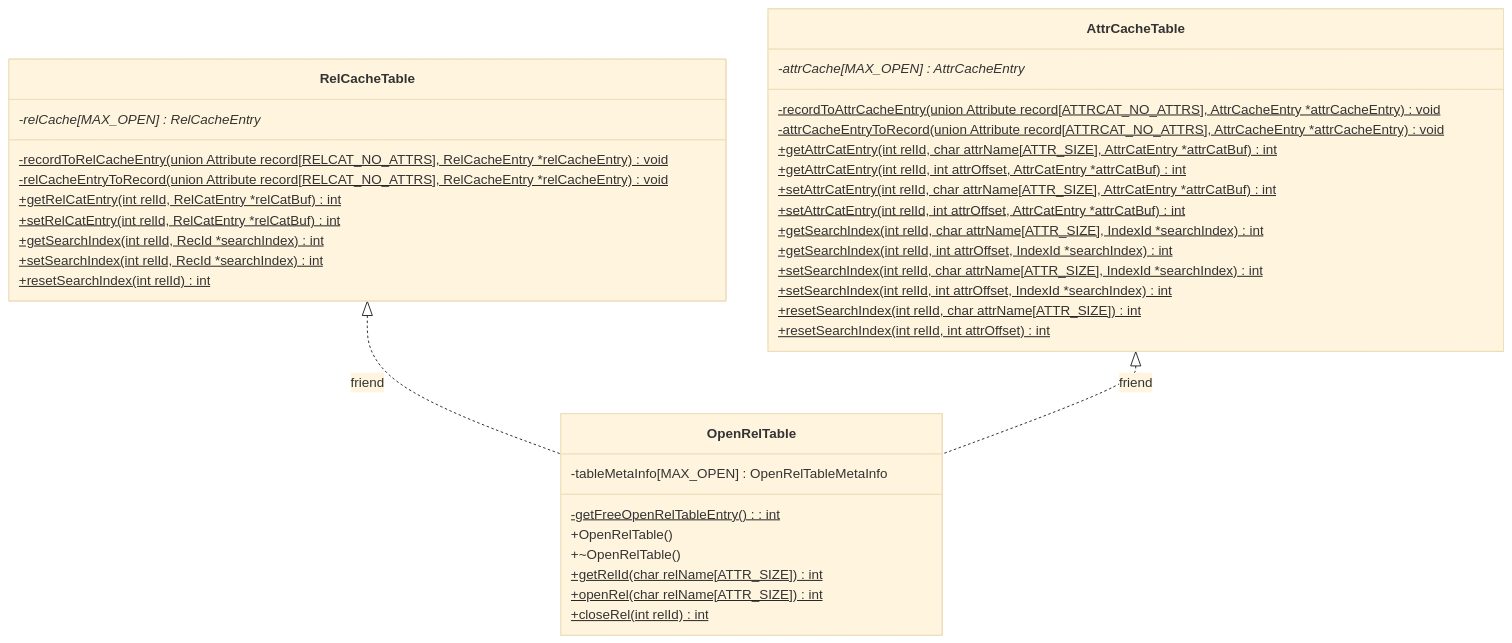
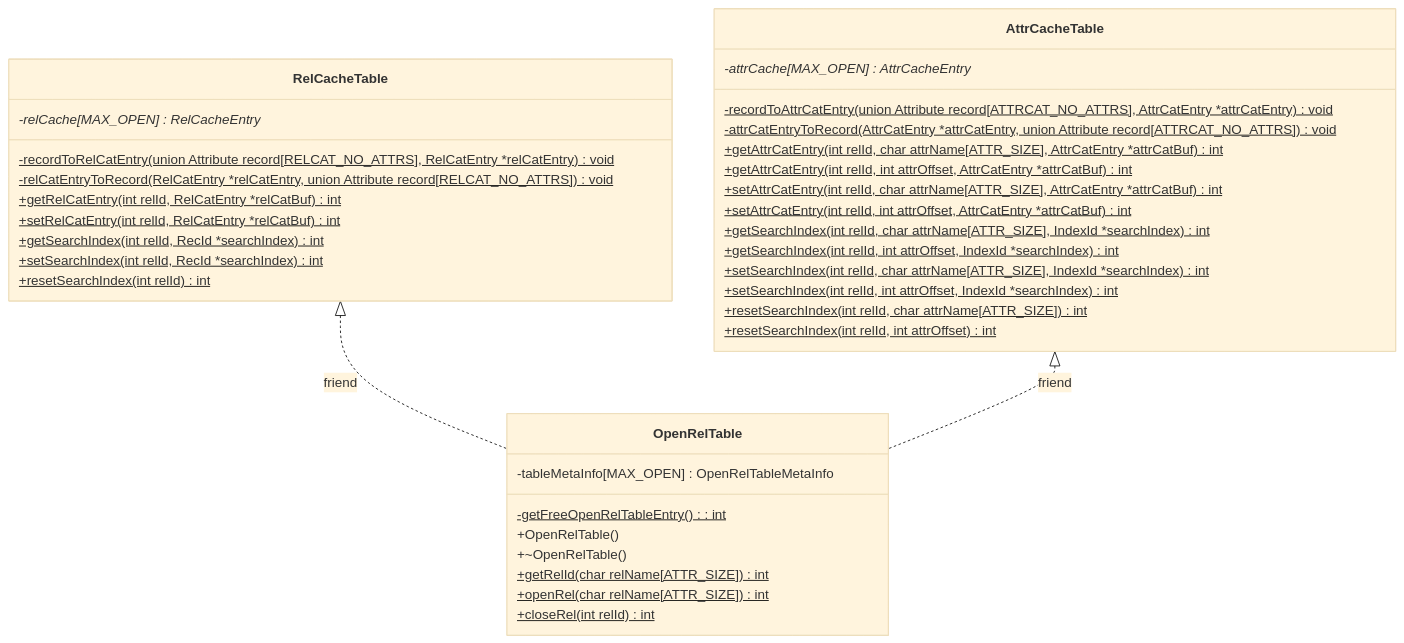
Before and after one commit to NITCbase/nitcbase.github.io: the first of 2 diagrams in docs/Design/Cache Layer.md, drawn with Mermaid (base theme). The commit also changed other lines of this file, not shown here.

Commit message:
update cache layer function signatures

````diff
--- a/docs/Design/Cache Layer.md
+++ b/docs/Design/Cache Layer.md
@@ -25,44 +25,44 @@
 ```mermaid
 classDiagram
     direction TD
     RelCacheTable <|.. OpenRelTable : friend
     AttrCacheTable <|.. OpenRelTable : friend
 
     class RelCacheTable{
         -relCache[MAX_OPEN] : RelCacheEntry*
-        -recordToRelCacheEntry(union Attribute record[RELCAT_NO_ATTRS], RelCacheEntry *relCacheEntry)$ void
-        -relCacheEntryToRecord(union Attribute record[RELCAT_NO_ATTRS], RelCacheEntry *relCacheEntry)$ void
+        -recordToRelCatEntry(union Attribute record[RELCAT_NO_ATTRS], RelCatEntry *relCatEntry)$ void
+        -relCatEntryToRecord(RelCatEntry *relCatEntry, union Attribute record[RELCAT_NO_ATTRS])$ void
         +getRelCatEntry(int relId, RelCatEntry *relCatBuf)$ int
         +setRelCatEntry(int relId, RelCatEntry *relCatBuf)$ int
         +getSearchIndex(int relId, RecId *searchIndex)$ int
         +setSearchIndex(int relId, RecId *searchIndex)$ int
         +resetSearchIndex(int relId)$ int
 
     }
     class AttrCacheTable{
         -attrCache[MAX_OPEN] : AttrCacheEntry*
-        -recordToAttrCacheEntry(union Attribute record[ATTRCAT_NO_ATTRS], AttrCacheEntry *attrCacheEntry)$ void
-        -attrCacheEntryToRecord(union Attribute record[ATTRCAT_NO_ATTRS], AttrCacheEntry *attrCacheEntry)$ void
+        -recordToAttrCatEntry(union Attribute record[ATTRCAT_NO_ATTRS], AttrCatEntry *attrCatEntry)$ void
+        -attrCatEntryToRecord(AttrCatEntry *attrCatEntry, union Attribute record[ATTRCAT_NO_ATTRS])$ void
         +getAttrCatEntry(int relId, char attrName[ATTR_SIZE], AttrCatEntry *attrCatBuf)$ int
         +getAttrCatEntry(int relId, int attrOffset, AttrCatEntry *attrCatBuf)$ int
         +setAttrCatEntry(int relId, char attrName[ATTR_SIZE], AttrCatEntry *attrCatBuf)$ int
         +setAttrCatEntry(int relId, int attrOffset, AttrCatEntry *attrCatBuf)$ int
         +getSearchIndex(int relId, char attrName[ATTR_SIZE], IndexId *searchIndex)$ int
         +getSearchIndex(int relId, int attrOffset, IndexId *searchIndex)$ int
         +setSearchIndex(int relId, char attrName[ATTR_SIZE], IndexId *searchIndex)$ int
         +setSearchIndex(int relId, int attrOffset, IndexId *searchIndex)$ int
         +resetSearchIndex(int relId, char attrName[ATTR_SIZE])$ int
         +resetSearchIndex(int relId, int attrOffset)$ int
 
     }
     class OpenRelTable{
         -tableMetaInfo[MAX_OPEN] : OpenRelTableMetaInfo
         -getFreeOpenRelTableEntry()$: int
         +OpenRelTable()
         +~OpenRelTable()
         +getRelId(char relName[ATTR_SIZE])$ int
         +openRel(char relName[ATTR_SIZE])$ int
         +closeRel(int relId)$ int
     }
 
 ```
````
